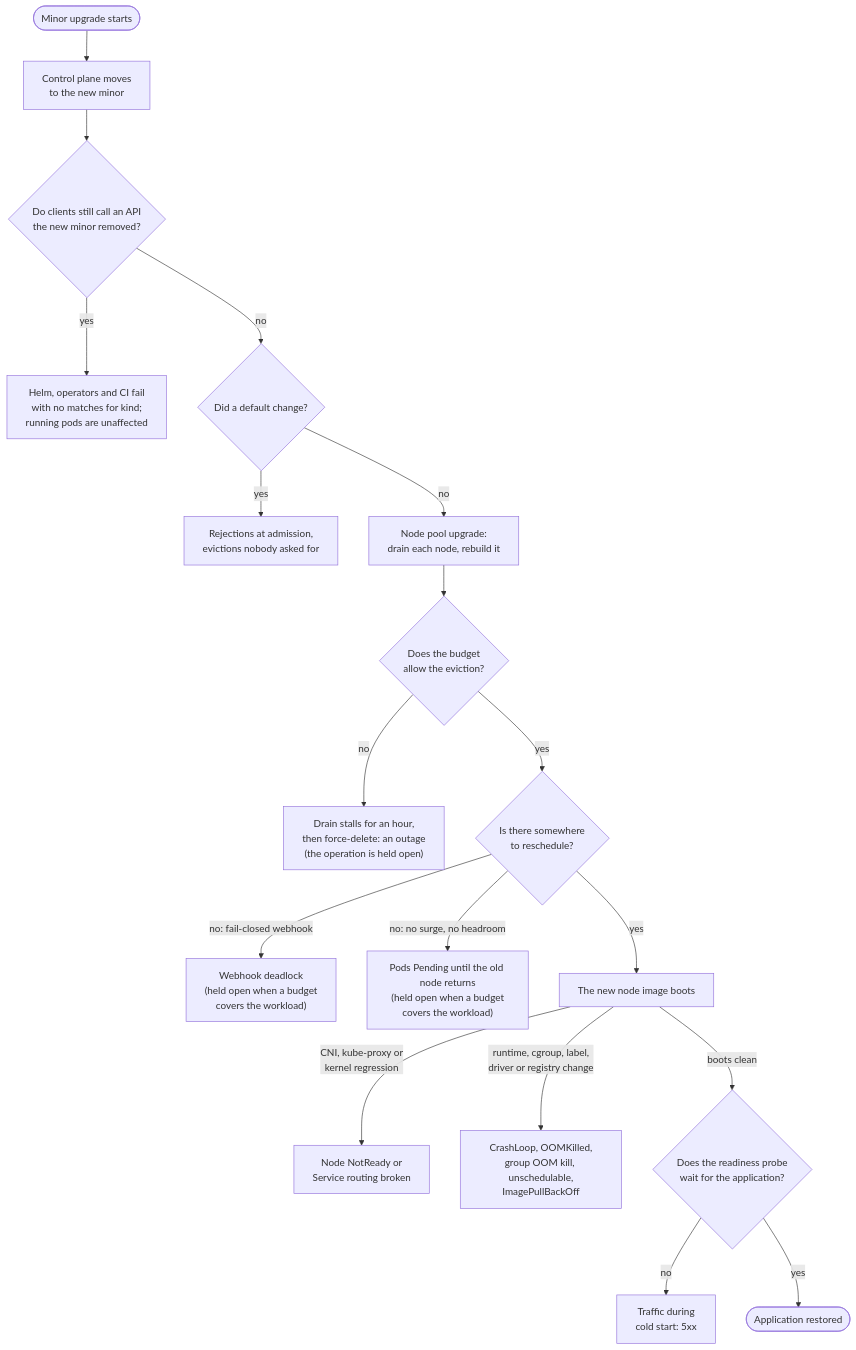
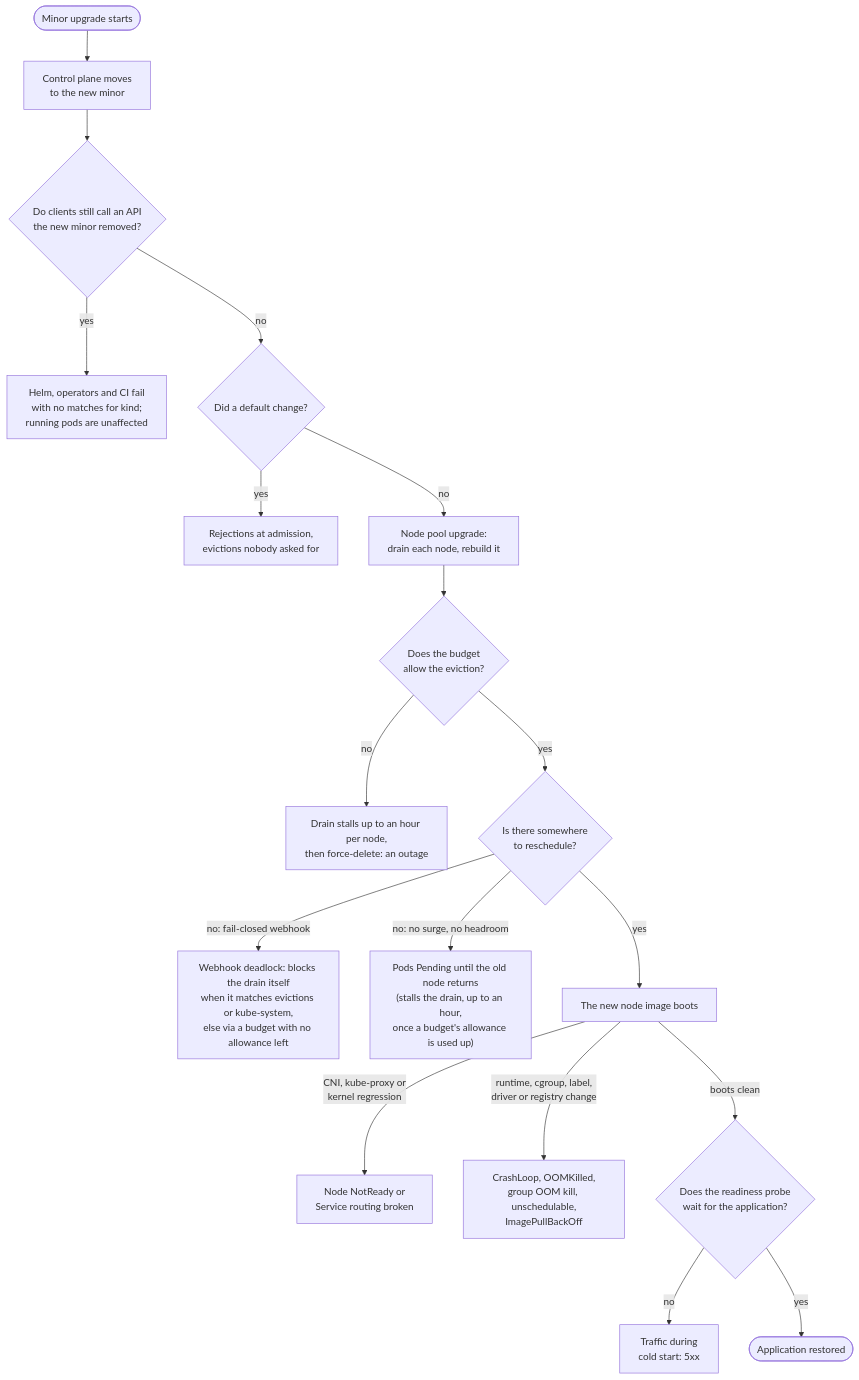
One commit to gke-labs/kube-agents changed the diagram in docs/designs/upgrade-failure-catalogue.md. Above: the diagram before and after it, drawn with Mermaid. The commit also changed other lines of this file, not shown here.

Commit message:
docs(designs): say where each before-signal is read, and qualify what holds the drain

````diff
--- a/docs/designs/upgrade-failure-catalogue.md
+++ b/docs/designs/upgrade-failure-catalogue.md
@@ -96,20 +104,20 @@
 ```mermaid
 flowchart TD
     Start([Minor upgrade starts]) --> CP[Control plane moves<br/>to the new minor]
     CP --> Removed{Do clients still call an API<br/>the new minor removed?}
     Removed -- yes --> APIDep["Helm, operators and CI fail<br/>with no matches for kind;<br/>running pods are unaffected"]
     Removed -- no --> Defaults{Did a default change?}
     Defaults -- yes --> Adm["Rejections at admission,<br/>evictions nobody asked for"]
     Defaults -- no --> Pool[Node pool upgrade:<br/>drain each node, rebuild it]
     Pool --> PDB{Does the budget<br/>allow the eviction?}
-    PDB -- no --> Stall["Drain stalls for an hour,<br/>then force-delete: an outage<br/>(the operation is held open)"]
+    PDB -- no --> Stall["Drain stalls up to an hour per node,<br/>then force-delete: an outage"]
     PDB -- yes --> Room{Is there somewhere<br/>to reschedule?}
-    Room -- "no: fail-closed webhook" --> Deadlock["Webhook deadlock<br/>(held open when a budget<br/>covers the workload)"]
-    Room -- "no: no surge, no headroom" --> Pending["Pods Pending until the old node returns<br/>(held open when a budget<br/>covers the workload)"]
+    Room -- "no: fail-closed webhook" --> Deadlock["Webhook deadlock: blocks the drain itself<br/>when it matches evictions or kube-system,<br/>else via a budget with no allowance left"]
+    Room -- "no: no surge, no headroom" --> Pending["Pods Pending until the old node returns<br/>(stalls the drain, up to an hour,<br/>once a budget's allowance is used up)"]
     Room -- yes --> Image[The new node image boots]
     Image -- "CNI, kube-proxy or<br/>kernel regression" --> Net[Node NotReady or<br/>Service routing broken]
     Image -- "runtime, cgroup, label,<br/>driver or registry change" --> Crash["CrashLoop, OOMKilled,<br/>group OOM kill, unschedulable,<br/>ImagePullBackOff"]
     Image -- boots clean --> Ready{Does the readiness probe<br/>wait for the application?}
     Ready -- no --> Cold[Traffic during<br/>cold start: 5xx]
     Ready -- yes --> OK([Application restored])
 ```
````
